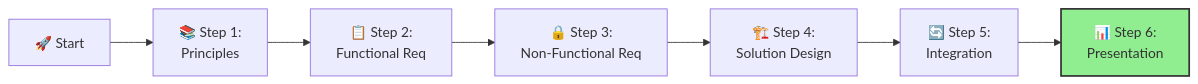
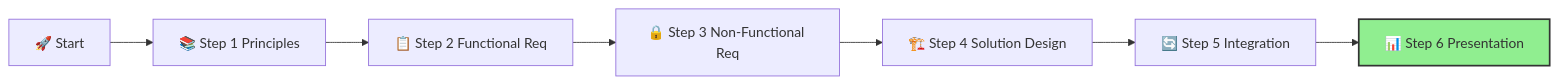
One commit to briandenicola/xlr8-e2eaisolutions changed the diagram in docs/02-agent/ifs-agent-step6-presentation.md. Above: the diagram before and after it, drawn with Mermaid. The commit also changed other lines of this file and 17 other files, not shown here.

````diff
--- a/docs/02-agent/ifs-agent-step6-presentation.md
+++ b/docs/02-agent/ifs-agent-step6-presentation.md
@@ -20,10 +24,10 @@
 ```mermaid
 flowchart LR
-    A[🚀 Start] --> B[📚 Step 1:\nPrinciples]
-    B --> C[📋 Step 2:\nFunctional Req]
-    C --> D[🔒 Step 3:\nNon-Functional Req]
-    D --> E[🏗️ Step 4:\nSolution Design]
-    E --> F[🔄 Step 5:\nIntegration]
-    F --> G[📊 Step 6:\nPresentation]
+    A[🚀 Start] --> B[📚 Step 1 Principles]
+    B --> C[📋 Step 2 Functional Req]
+    C --> D[🔒 Step 3 Non-Functional Req]
+    D --> E[🏗️ Step 4 Solution Design]
+    E --> F[🔄 Step 5 Integration]
+    F --> G[📊 Step 6 Presentation]
     style G fill:#90EE90,stroke:#333,stroke-width:2px
 ```
````
